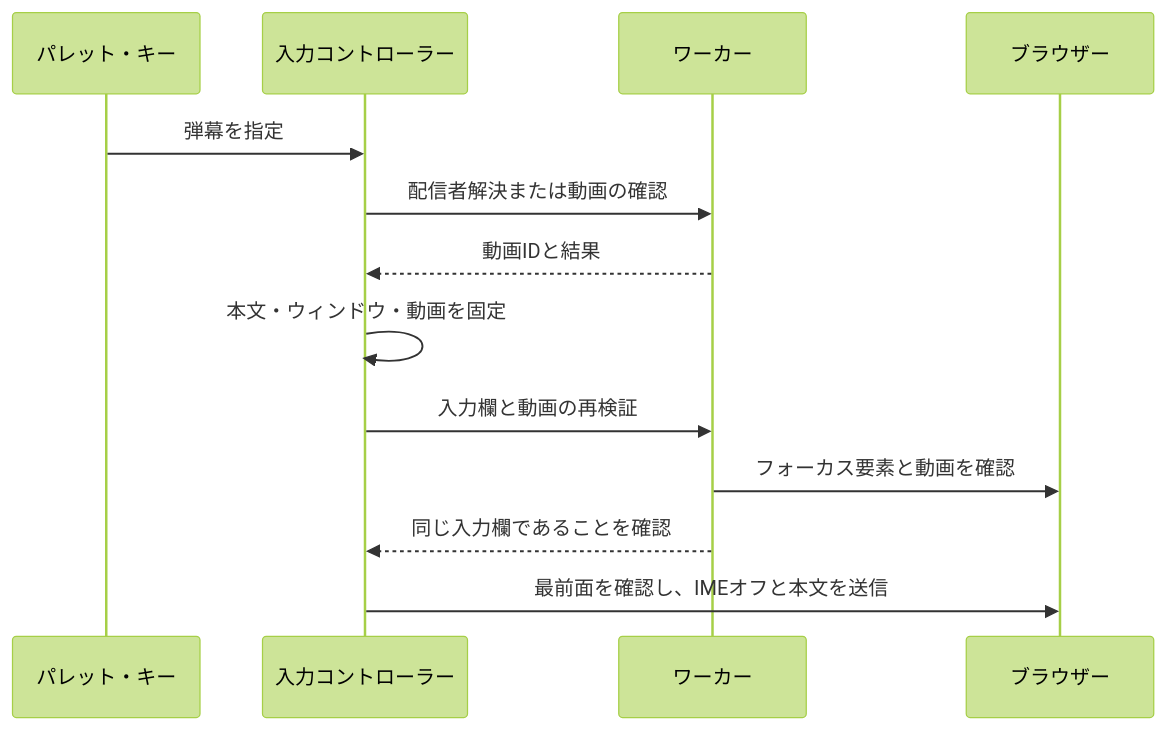
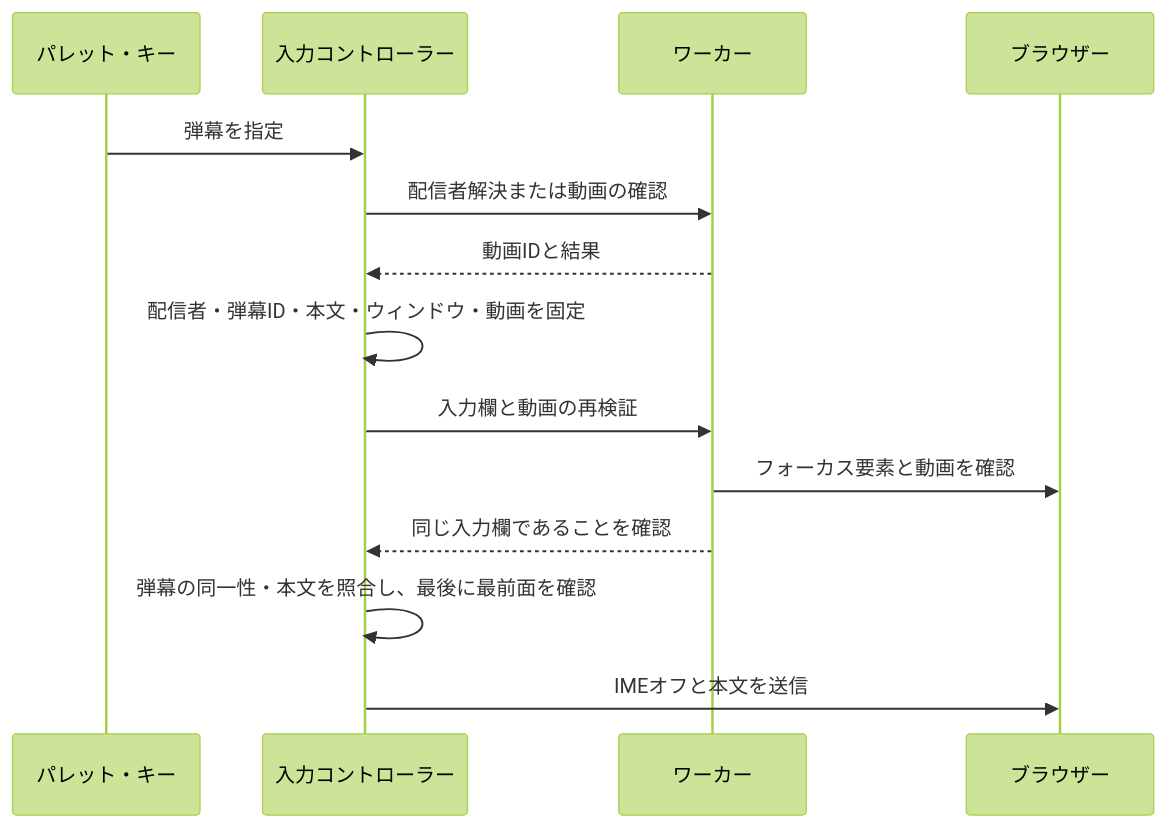
One commit to kitsune-udon/ChatPalette changed the second of 3 diagrams in docs/developer/architecture.md. Above: the diagram before and after it, drawn with Mermaid (forest theme). The commit also changed other lines of this file and 106 other files, not shown here.

````diff
--- a/docs/developer/architecture.md
+++ b/docs/developer/architecture.md
@@ -65,15 +65,16 @@
 ```mermaid
 sequenceDiagram
     participant U as パレット・キー
     participant A as 入力コントローラー
     participant W as ワーカー
     participant B as ブラウザー
     U->>A: 弾幕を指定
     A->>W: 配信者解決または動画の確認
     W-->>A: 動画IDと結果
-    A->>A: 本文・ウィンドウ・動画を固定
+    A->>A: 配信者・弾幕ID・本文・ウィンドウ・動画を固定
     A->>W: 入力欄と動画の再検証
     W->>B: フォーカス要素と動画を確認
     W-->>A: 同じ入力欄であることを確認
-    A->>B: 最前面を確認し、IMEオフと本文を送信
+    A->>A: 弾幕の同一性・本文を照合し、最後に最前面を確認
+    A->>B: IMEオフと本文を送信
 ```
````
